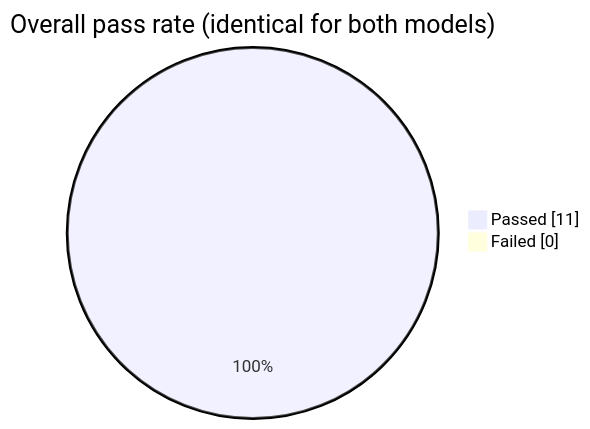
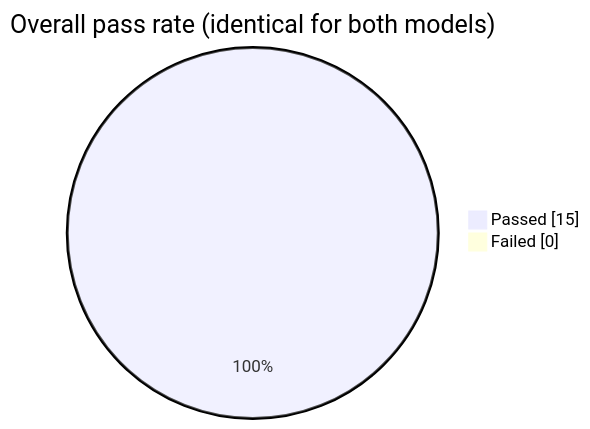
One commit to fuxicodex/Fuxi changed the second of 3 diagrams in benchmark/REPORT.md. Above: the diagram before and after it, drawn with Mermaid. The commit also changed other lines of this file and 36 other files, not shown here.

````diff
--- a/benchmark/REPORT.md
+++ b/benchmark/REPORT.md
@@ -124,6 +134,6 @@
 ```mermaid
 pie showData
     title Overall pass rate (identical for both models)
-    "Passed" : 11
+    "Passed" : 15
     "Failed" : 0
 ```
````
